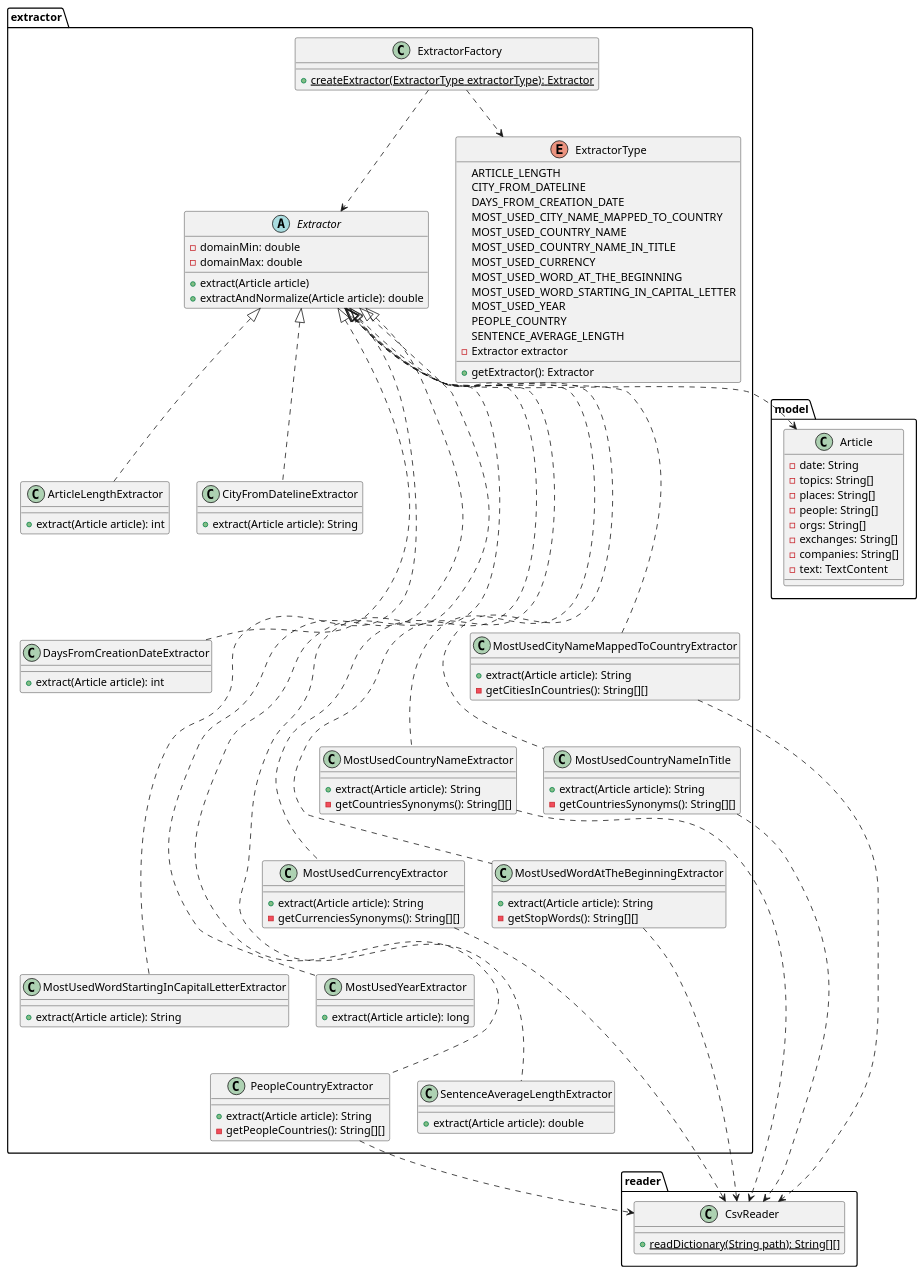
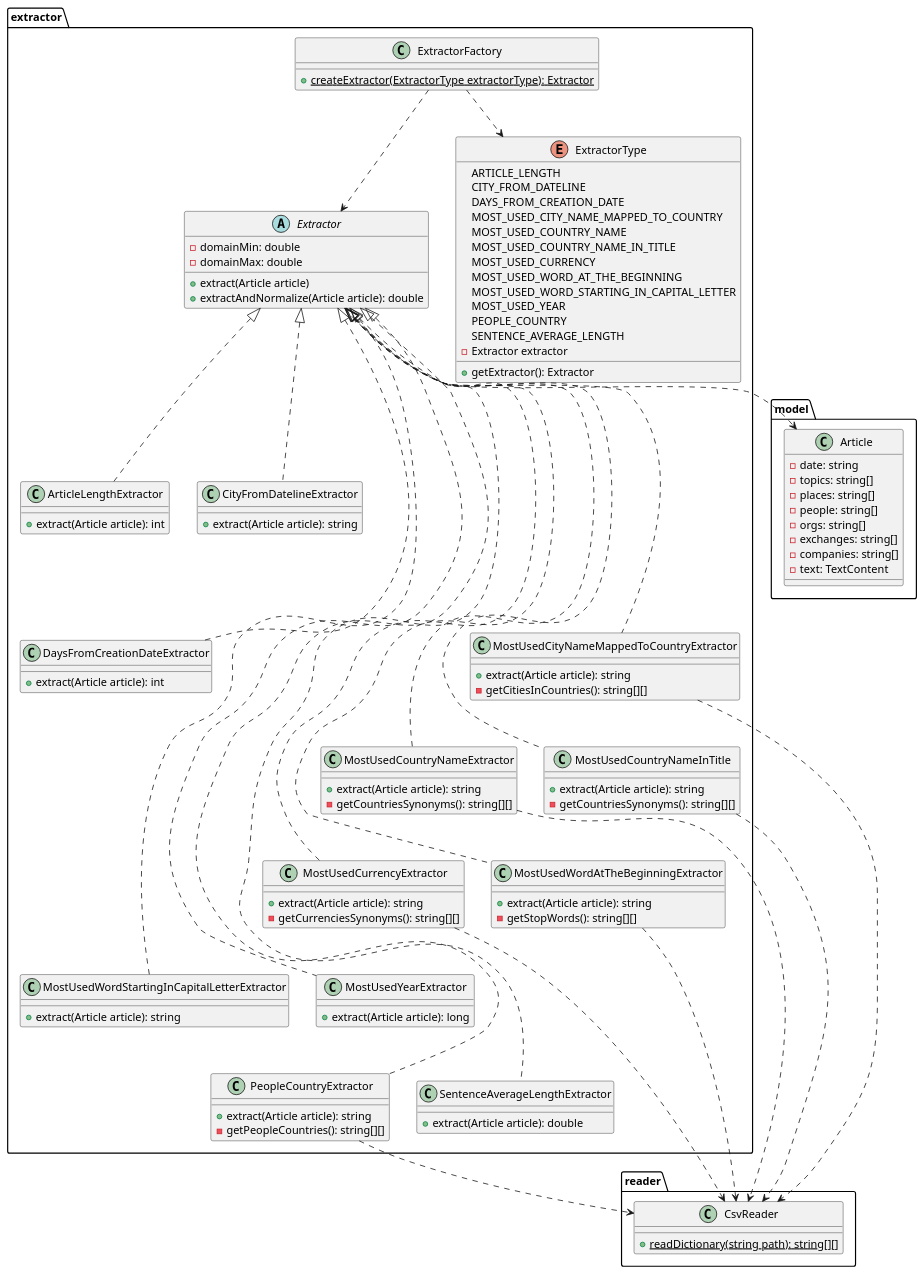
One commit to kambed/Computer-Recognition-Systems changed the fourth of 10 diagrams in README.md. Above: the diagram before and after it, drawn with PlantUML. The commit also changed other lines of this file, not shown here.

````diff
--- a/README.md
+++ b/README.md
@@ -136,13 +136,13 @@
 ```plantuml
 package model {
     class Article {
-        - date: String
-        - topics: String[]
-        - places: String[]
-        - people: String[]
-        - orgs: String[]
-        - exchanges: String[]
-        - companies: String[]
+        - date: string
+        - topics: string[]
+        - places: string[]
+        - people: string[]
+        - orgs: string[]
+        - exchanges: string[]
+        - companies: string[]
         - text: TextContent
     }
 }
@@ -157,40 +157,40 @@
         + extract(Article article): int
     }
     class CityFromDatelineExtractor {
-        + extract(Article article): String
+        + extract(Article article): string
     }
     class DaysFromCreationDateExtractor {
         + extract(Article article): int
     }
     class MostUsedCityNameMappedToCountryExtractor {
-        + extract(Article article): String
-        - getCitiesInCountries(): String[][]
+        + extract(Article article): string
+        - getCitiesInCountries(): string[][]
     }
     class MostUsedCountryNameExtractor {
-        + extract(Article article): String
-        - getCountriesSynonyms(): String[][]
+        + extract(Article article): string
+        - getCountriesSynonyms(): string[][]
     }
     class MostUsedCountryNameInTitle {
-        + extract(Article article): String
-        - getCountriesSynonyms(): String[][]
+        + extract(Article article): string
+        - getCountriesSynonyms(): string[][]
     }
     class MostUsedCurrencyExtractor {
-        + extract(Article article): String
-        - getCurrenciesSynonyms(): String[][]
+        + extract(Article article): string
+        - getCurrenciesSynonyms(): string[][]
     }
     class MostUsedWordAtTheBeginningExtractor {
-        + extract(Article article): String
-        - getStopWords(): String[][]
+        + extract(Article article): string
+        - getStopWords(): string[][]
     }
     class MostUsedWordStartingInCapitalLetterExtractor {
-        + extract(Article article): String
+        + extract(Article article): string
     }
     class MostUsedYearExtractor {
         + extract(Article article): long
     }
     class PeopleCountryExtractor {
-        + extract(Article article): String
-        - getPeopleCountries(): String[][]
+        + extract(Article article): string
+        - getPeopleCountries(): string[][]
     }
     class SentenceAverageLengthExtractor {
         + extract(Article article): double
@@ -233,7 +233,7 @@
 }
 package reader {
     class CsvReader {
-        + {static} readDictionary(String path): String[][]
+        + {static} readDictionary(string path): string[][]
     }
 }
 Extractor ..> Article
````
